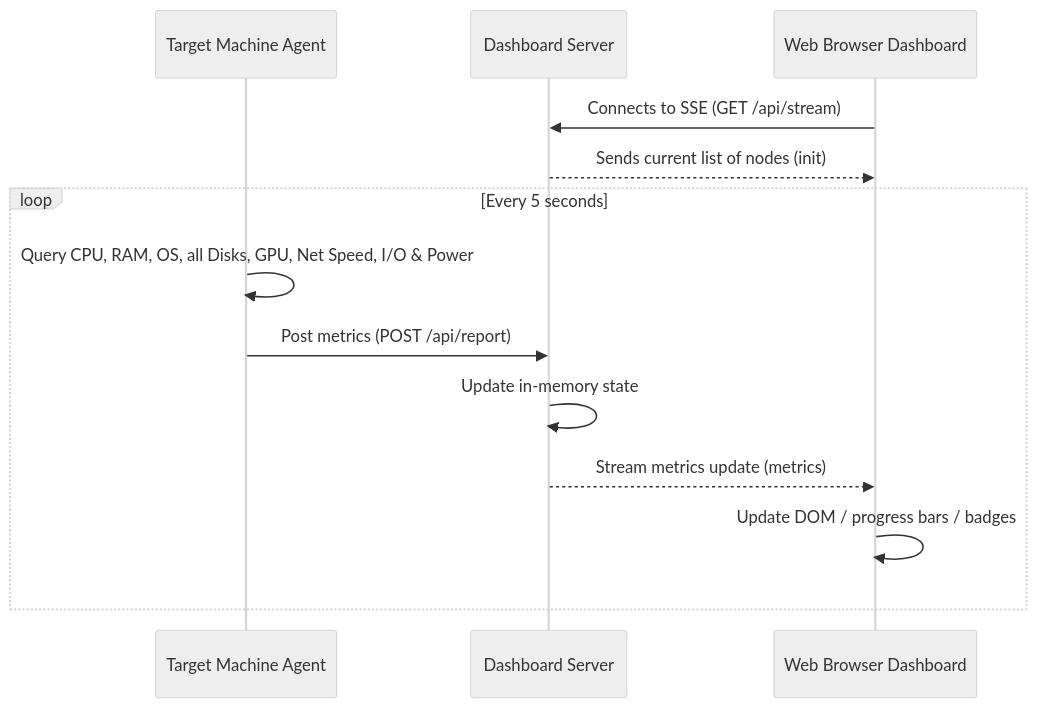
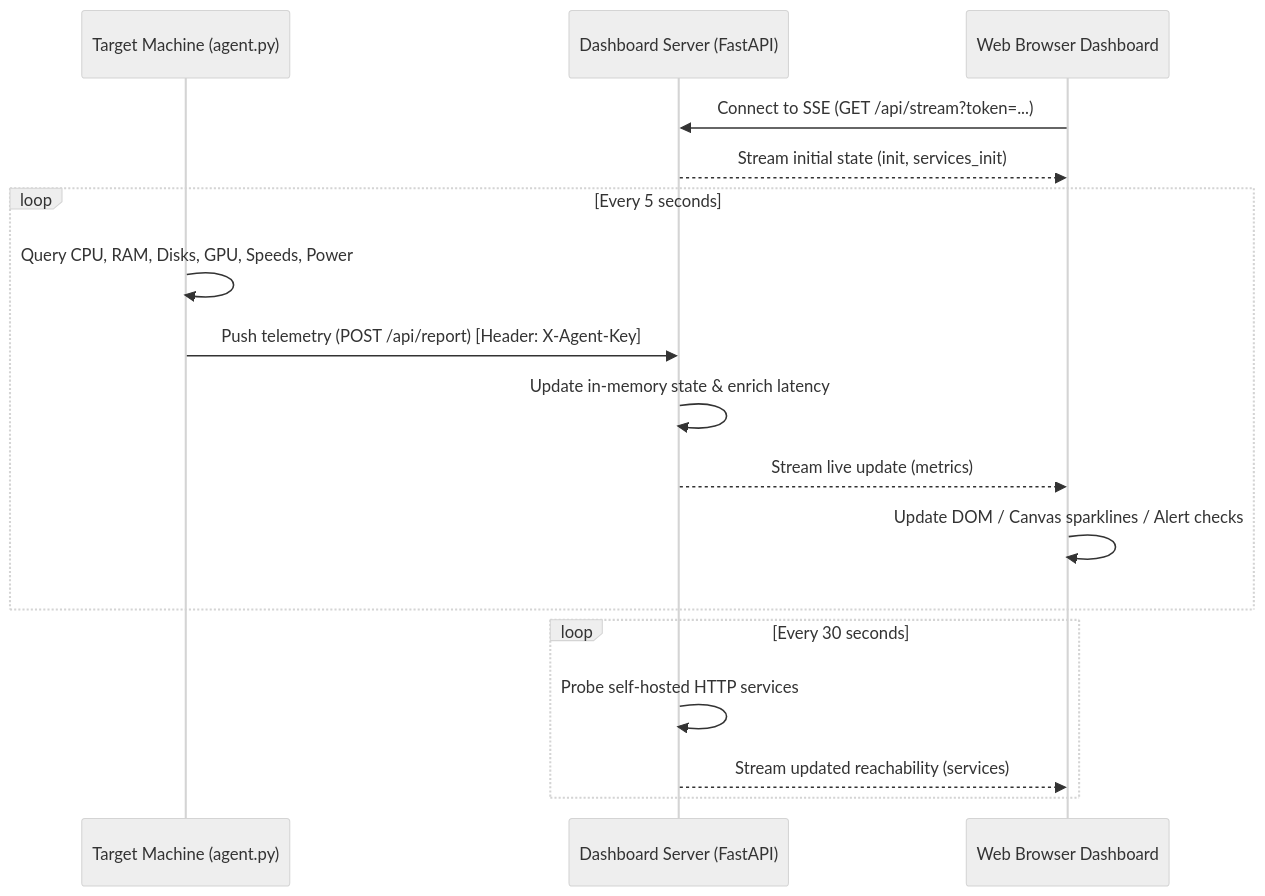
Before and after one commit to Muhammad-Haziq911/monitoringDashboard: the diagram in README.md, drawn with Mermaid (neutral theme). The commit also changed other lines of this file and 7 other files, not shown here.

First line of the commit message:
feat: Add comprehensive documentation for HomeLab Dashboard architecture, deployment, frontend design, services monitoring, and troubleshooting

````diff
--- a/README.md
+++ b/README.md
@@ -40,17 +52,22 @@
 ```mermaid
 sequenceDiagram
-    participant Agent as Target Machine Agent
-    participant Backend as Dashboard Server
+    participant Agent as Target Machine (agent.py)
+    participant Backend as Dashboard Server (FastAPI)
     participant Browser as Web Browser Dashboard
 
-    Browser->>Backend: Connects to SSE (GET /api/stream)
-    Backend-->>Browser: Sends current list of nodes (init)
-    
+    Browser->>Backend: Connect to SSE (GET /api/stream?token=...)
+    Backend-->>Browser: Stream initial state (init, services_init)
+
     loop Every 5 seconds
-        Agent->>Agent: Query CPU, RAM, OS, all Disks, GPU, Net Speed, I/O & Power
-        Agent->>Backend: Post metrics (POST /api/report)
-        Backend->>Backend: Update in-memory state
-        Backend-->>Browser: Stream metrics update (metrics)
-        Browser->>Browser: Update DOM / progress bars / badges
+        Agent->>Agent: Query CPU, RAM, Disks, GPU, Speeds, Power
+        Agent->>Backend: Push telemetry (POST /api/report) [Header: X-Agent-Key]
+        Backend->>Backend: Update in-memory state & enrich latency
+        Backend-->>Browser: Stream live update (metrics)
+        Browser->>Browser: Update DOM / Canvas sparklines / Alert checks
+    end
+
+    loop Every 30 seconds
+        Backend->>Backend: Probe self-hosted HTTP services
+        Backend-->>Browser: Stream updated reachability (services)
     end
 ```
````
